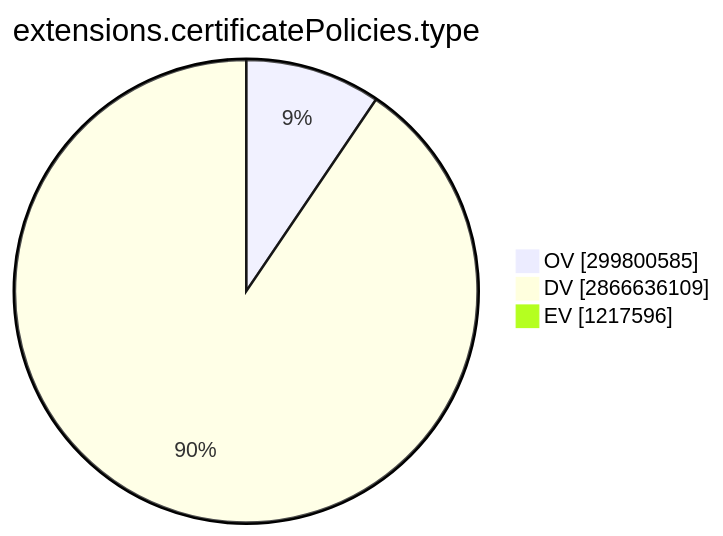
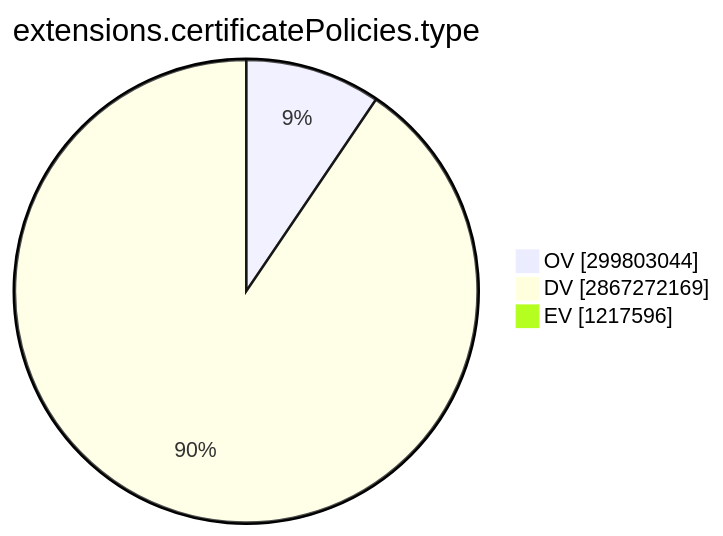
The ninth of 15 diagrams in TOTAL/README.md (christiankrug/ctmonitor_visualization), drawn with Mermaid before and after one commit. The commit also changed other lines of this file, not shown here.

````diff
--- a/TOTAL/README.md
+++ b/TOTAL/README.md
@@ -3101,7 +3101,7 @@
 ```mermaid
 pie showData
 title extensions.certificatePolicies.type
-"OV" :299800585
-"DV" :2866636109
+"OV" :299803044
+"DV" :2867272169
 "EV" :1217596
 ```
````
